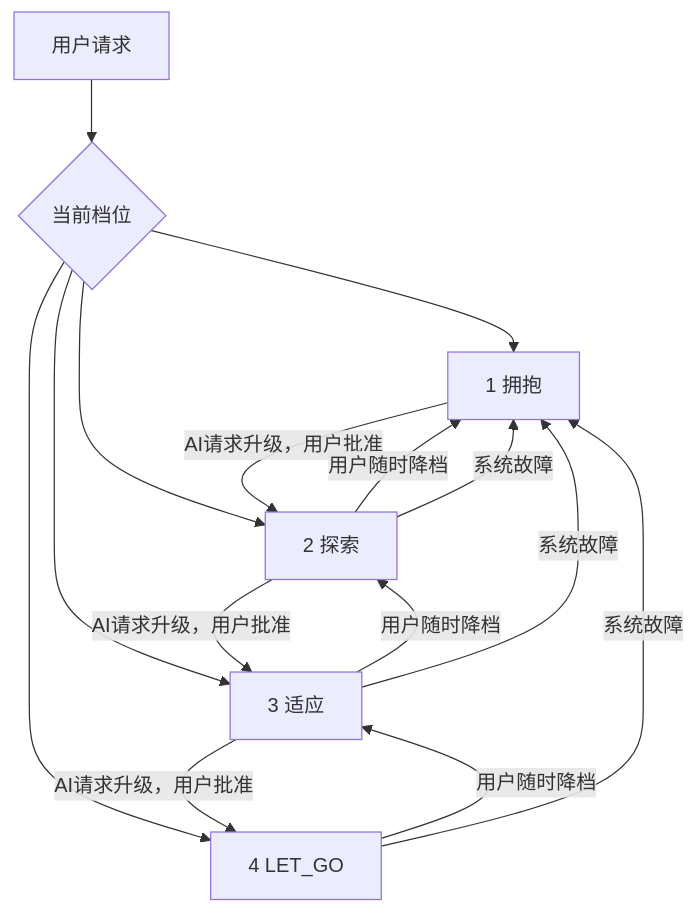
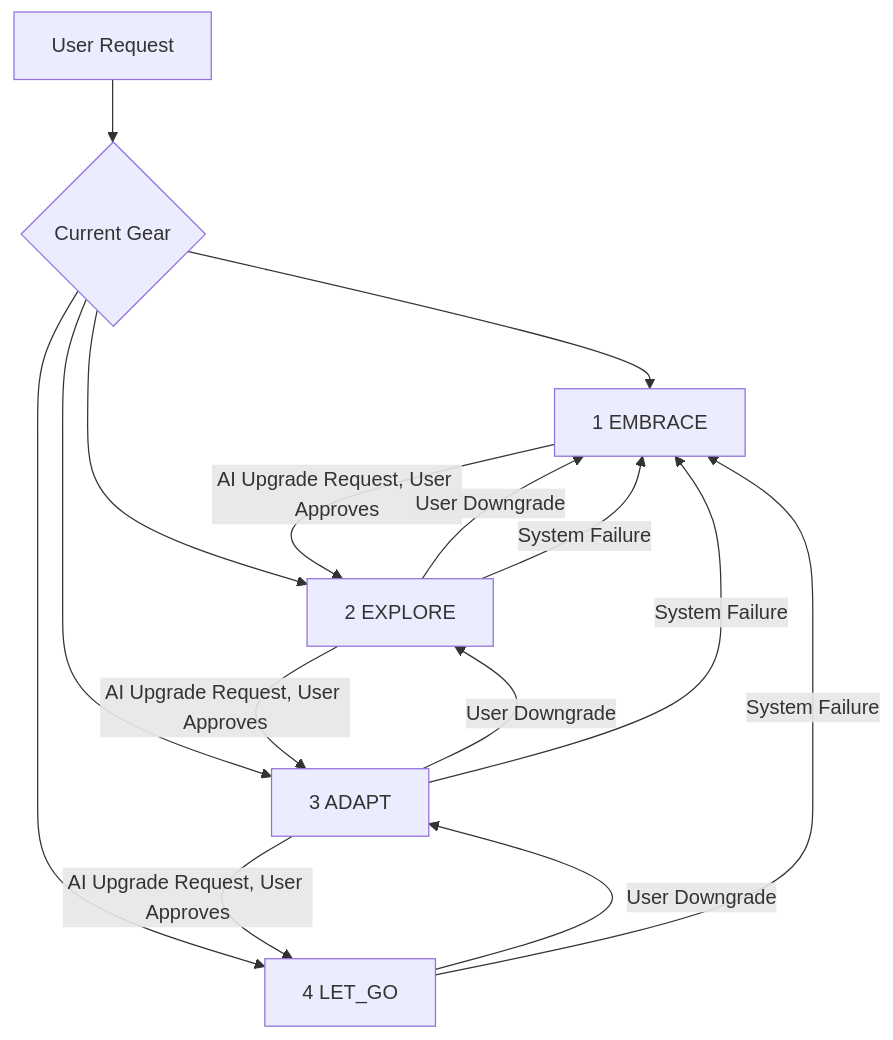
One commit to CYD-PRC/EEAL changed the diagram in README.md. Above: the diagram before and after it, drawn with Mermaid. The commit also changed other lines of this file, not shown here.

````diff
--- a/README.md
+++ b/README.md
@@ -56,20 +57,20 @@
 ```mermaid
 graph TD
-U[用户请求] --> G{当前档位}
-G --> G1[1 拥抱]
-G --> G2[2 探索]
-G --> G3[3 适应]
+U[User Request] --> G{Current Gear}
+G --> G1[1 EMBRACE]
+G --> G2[2 EXPLORE]
+G --> G3[3 ADAPT]
 G --> G4[4 LET_GO]
 
-G1 -->|AI请求升级，用户批准| G2
-G2 -->|AI请求升级，用户批准| G3
-G3 -->|AI请求升级，用户批准| G4
+G1 -->|AI Upgrade Request, User Approves| G2
+G2 -->|AI Upgrade Request, User Approves| G3
+G3 -->|AI Upgrade Request, User Approves| G4
 
-G4 -->|用户随时降档| G3
-G3 -->|用户随时降档| G2
-G2 -->|用户随时降档| G1
+G4 -->|User Downgrade| G3
+G3 -->|User Downgrade| G2
+G2 -->|User Downgrade| G1
 
-G4 -->|系统故障| G1
-G3 -->|系统故障| G1
-G2 -->|系统故障| G1
+G4 -->|System Failure| G1
+G3 -->|System Failure| G1
+G2 -->|System Failure| G1
 ```
````
